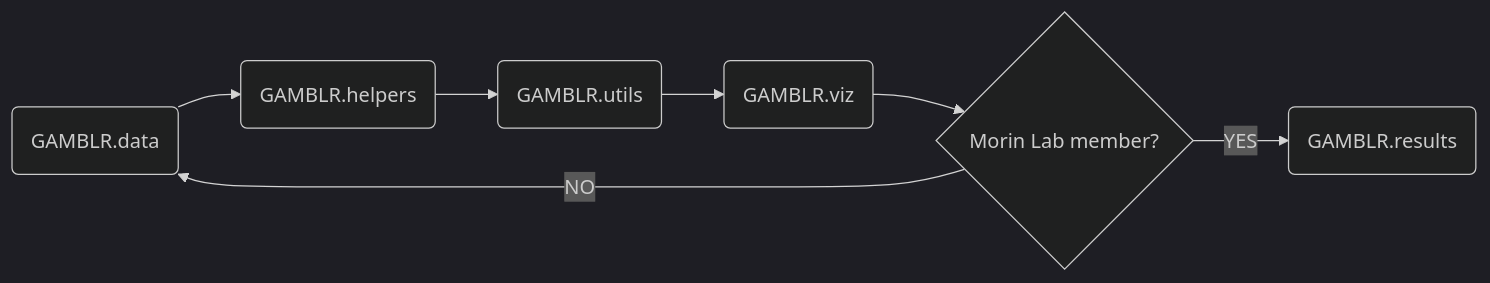
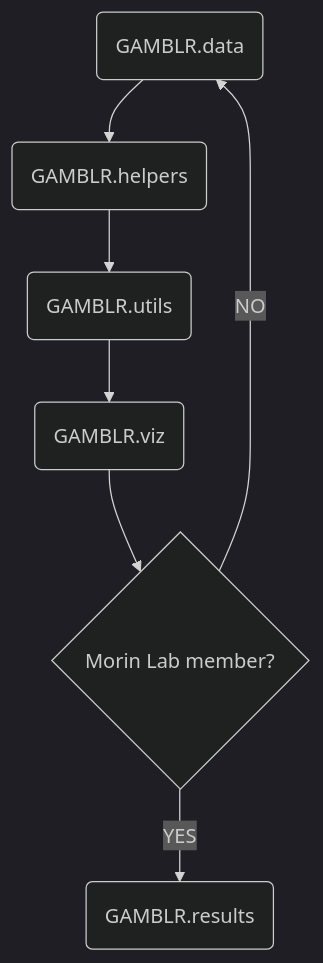
Before and after one commit to morinlab/GAMBLR.data: the diagram in docs/concepts/GAMBLR_family.qmd, drawn with Mermaid (dark theme). The commit also changed 2 other files, not shown here.

Commit message:
website: update dependency chart

````diff
--- a/docs/concepts/GAMBLR_family.qmd
+++ b/docs/concepts/GAMBLR_family.qmd
@@ -29,9 +29,9 @@
 ```{mermaid}
-flowchart LR
+flowchart TD
   A("GAMBLR.data") --> B("GAMBLR.helpers")
   B --> C("GAMBLR.utils")
   C --> D("GAMBLR.viz")
   D --> E{"Morin Lab member?"}
   E -- YES --> F("GAMBLR.results")
   E -- NO --> A
 ```
````
